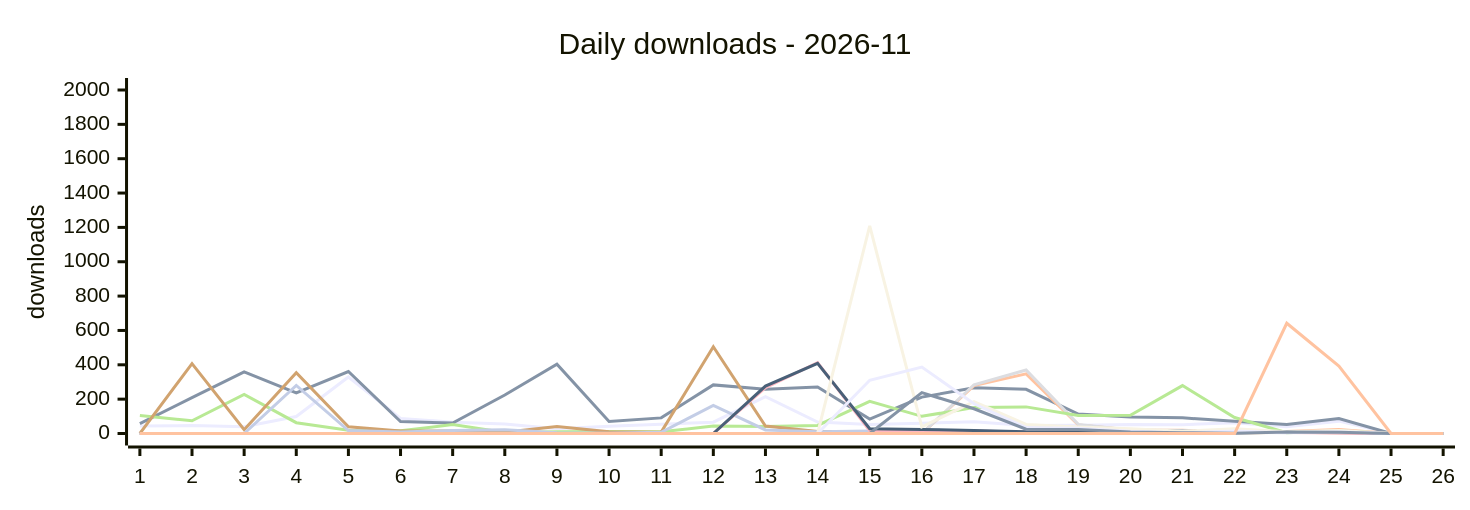
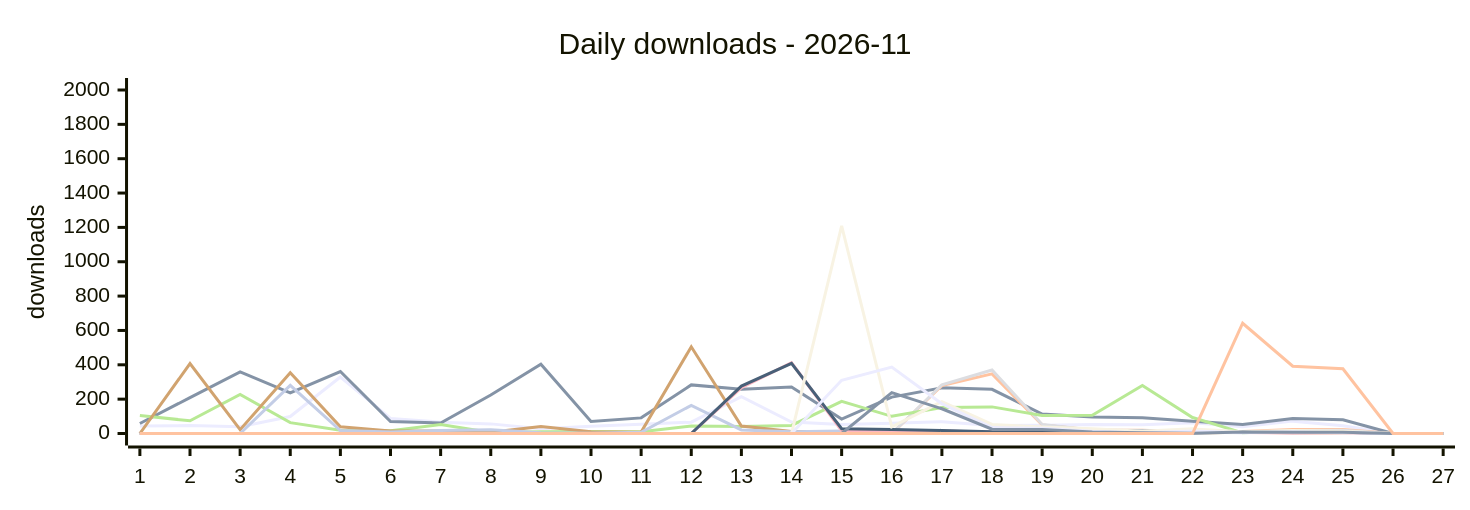
The first of 2 diagrams in DASHBOARD.md (terry2010/npm-downloads-tracker), drawn with Mermaid before and after one commit. The commit also changed other lines of this file and 1 other file, not shown here.

````diff
--- a/DASHBOARD.md
+++ b/DASHBOARD.md
@@ -45,20 +45,20 @@
 ```mermaid
 %%{init: {'xyChart': {'width': 960, 'height': 320}}}%%
 xychart-beta
     title "Daily downloads - 2026-11"
-    x-axis ["1", "2", "3", "4", "5", "6", "7", "8", "9", "10", "11", "12", "13", "14", "15", "16", "17", "18", "19", "20", "21", "22", "23", "24", "25", "26"]
+    x-axis ["1", "2", "3", "4", "5", "6", "7", "8", "9", "10", "11", "12", "13", "14", "15", "16", "17", "18", "19", "20", "21", "22", "23", "24", "25", "26", "27"]
     y-axis "downloads" 0 --> 2000
-    line "dsh-loop-recover" [43, 46, 39, 99, 329, 88, 66, 56, 27, 42, 54, 66, 214, 67, 53, 59, 69, 46, 48, 53, 51, 63, 39, 72, 0, 0]
-    line "dsh-rss-news-daily" [58, 209, 359, 237, 361, 70, 61, 224, 403, 70, 91, 283, 258, 271, 84, 212, 266, 257, 113, 96, 91, 71, 52, 87, 0, 0]
-    line "dsh-rss-news-flash-kuaixun" [0, 0, 0, 0, 0, 0, 0, 0, 0, 0, 0, 0, 0, 0, 0, 0, 279, 347, 50, 21, 19, 9, 11, 24, 0, 0]
-    line "dsh-rss-news-browser-fetch" [0, 0, 0, 0, 0, 0, 0, 0, 0, 0, 0, 0, 0, 0, 0, 0, 284, 370, 53, 20, 17, 7, 5, 17, 0, 0]
-    line "opencode-loop-recover" [105, 74, 228, 63, 19, 16, 52, 6, 10, 11, 10, 43, 41, 47, 187, 100, 151, 155, 105, 106, 279, 93, 4, 15, 0, 0]
-    line "oc-market-quail-zephyr-72a0" [0, 407, 22, 354, 39, 14, 15, 7, 40, 10, 8, 505, 43, 12, 11, 6, 5, 5, 9, 10, 3, 3, 8, 4, 0, 0]
-    line "awesome-opencode-market" [0, 0, 0, 280, 17, 9, 17, 22, 4, 1, 7, 164, 21, 10, 15, 10, 7, 8, 11, 9, 3, 3, 10, 5, 0, 0]
-    line "surfbird" [0, 0, 0, 0, 0, 0, 0, 0, 0, 0, 0, 0, 267, 412, 16, 19, 15, 8, 6, 10, 11, 11, 6, 3, 0, 0]
-    line "surfbird-mcp" [0, 0, 0, 0, 0, 0, 0, 0, 0, 0, 0, 0, 276, 408, 28, 23, 18, 10, 9, 18, 13, 10, 10, 12, 0, 0]
-    line "dsh-control-surfbird-for-kitesurf" [0, 0, 0, 0, 0, 0, 0, 0, 0, 0, 0, 0, 0, 0, 1209, 39, 186, 53, 38, 27, 13, 27, 10, 17, 0, 0]
-    line "opencode-control-surfbird-for-kitesurf" [0, 0, 0, 0, 0, 0, 0, 0, 0, 0, 0, 0, 0, 0, 310, 387, 173, 34, 30, 13, 4, 14, 5, 10, 0, 0]
-    line "pi-control-surfbird-for-kitesurf" [0, 0, 0, 0, 0, 0, 0, 0, 0, 0, 0, 0, 0, 0, 0, 238, 144, 25, 24, 9, 5, 2, 9, 8, 0, 0]
-    line "awesome-skill-market" [0, 0, 0, 0, 0, 0, 0, 0, 0, 0, 0, 0, 0, 0, 0, 0, 0, 0, 0, 0, 0, 0, 642, 392, 0, 0]
+    line "dsh-loop-recover" [43, 46, 39, 99, 329, 88, 66, 56, 27, 42, 54, 66, 214, 67, 53, 59, 69, 46, 48, 53, 51, 63, 39, 72, 45, 0, 0]
+    line "dsh-rss-news-daily" [58, 209, 359, 237, 361, 70, 61, 224, 403, 70, 91, 283, 258, 271, 84, 212, 266, 257, 113, 96, 91, 71, 52, 87, 80, 0, 0]
+    line "dsh-rss-news-flash-kuaixun" [0, 0, 0, 0, 0, 0, 0, 0, 0, 0, 0, 0, 0, 0, 0, 0, 279, 347, 50, 21, 19, 9, 11, 24, 24, 0, 0]
+    line "dsh-rss-news-browser-fetch" [0, 0, 0, 0, 0, 0, 0, 0, 0, 0, 0, 0, 0, 0, 0, 0, 284, 370, 53, 20, 17, 7, 5, 17, 19, 0, 0]
+    line "opencode-loop-recover" [105, 74, 228, 63, 19, 16, 52, 6, 10, 11, 10, 43, 41, 47, 187, 100, 151, 155, 105, 106, 279, 93, 4, 15, 8, 0, 0]
+    line "oc-market-quail-zephyr-72a0" [0, 407, 22, 354, 39, 14, 15, 7, 40, 10, 8, 505, 43, 12, 11, 6, 5, 5, 9, 10, 3, 3, 8, 4, 6, 0, 0]
+    line "awesome-opencode-market" [0, 0, 0, 280, 17, 9, 17, 22, 4, 1, 7, 164, 21, 10, 15, 10, 7, 8, 11, 9, 3, 3, 10, 5, 7, 0, 0]
+    line "surfbird" [0, 0, 0, 0, 0, 0, 0, 0, 0, 0, 0, 0, 267, 412, 16, 19, 15, 8, 6, 10, 11, 11, 6, 3, 4, 0, 0]
+    line "surfbird-mcp" [0, 0, 0, 0, 0, 0, 0, 0, 0, 0, 0, 0, 276, 408, 28, 23, 18, 10, 9, 18, 13, 10, 10, 12, 8, 0, 0]
+    line "dsh-control-surfbird-for-kitesurf" [0, 0, 0, 0, 0, 0, 0, 0, 0, 0, 0, 0, 0, 0, 1209, 39, 186, 53, 38, 27, 13, 27, 10, 17, 13, 0, 0]
+    line "opencode-control-surfbird-for-kitesurf" [0, 0, 0, 0, 0, 0, 0, 0, 0, 0, 0, 0, 0, 0, 310, 387, 173, 34, 30, 13, 4, 14, 5, 10, 5, 0, 0]
+    line "pi-control-surfbird-for-kitesurf" [0, 0, 0, 0, 0, 0, 0, 0, 0, 0, 0, 0, 0, 0, 0, 238, 144, 25, 24, 9, 5, 2, 9, 8, 7, 0, 0]
+    line "awesome-skill-market" [0, 0, 0, 0, 0, 0, 0, 0, 0, 0, 0, 0, 0, 0, 0, 0, 0, 0, 0, 0, 0, 0, 642, 392, 377, 0, 0]
 ```
````
